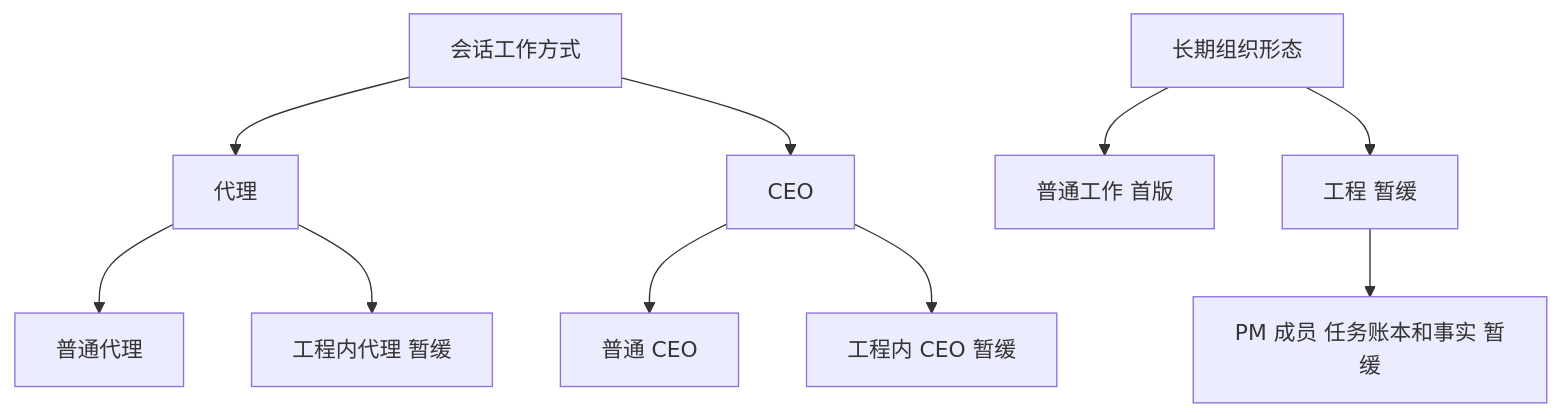
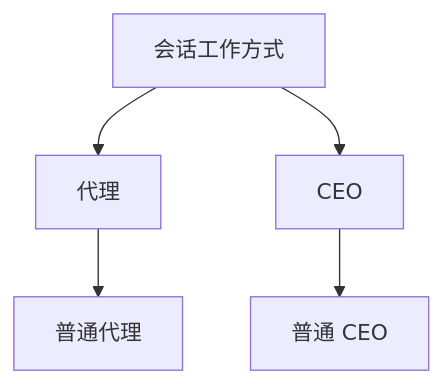
The second of 5 diagrams in docs/01-产品/PRD-01-Magic产品总览.md (liu629711-spec/Magic), drawn with Mermaid before and after one commit. The commit also changed other lines of this file and 24 other files, not shown here.

Commit message:
docs: reorganize for own-client phase; add own-client architecture doc (09); drop PRD-03/engineering docs

````diff
--- a/docs/01-产品/PRD-01-Magic产品总览.md
+++ b/docs/01-产品/PRD-01-Magic产品总览.md
@@ -79,12 +88,7 @@
 ```mermaid
 flowchart TD
   A[会话工作方式] --> B[代理]
   A --> C[CEO]
-  D[长期组织形态] --> E[普通工作 首版]
-  D --> F[工程 暂缓]
   B --> G[普通代理]
-  B --> H[工程内代理 暂缓]
   C --> I[普通 CEO]
-  C --> J[工程内 CEO 暂缓]
-  F --> K[PM 成员 任务账本和事实 暂缓]
 ```
````
